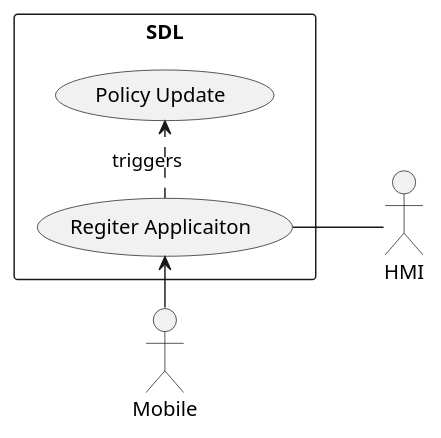
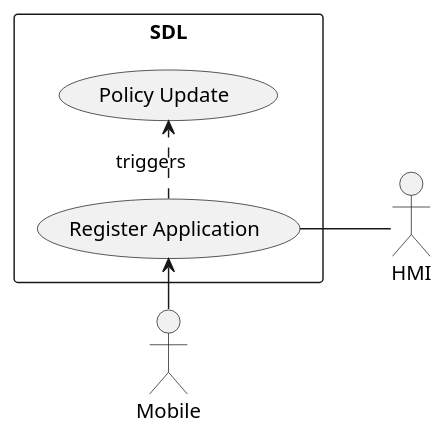
The diagram in docs/use_cases/application_registration/assets/app_registration_use_case.puml (ovvasyliev/sdl_core), drawn with PlantUML before and after one commit.

Commit message:
Update app_registration_use_case.puml
made correction

```diff
--- a/docs/use_cases/application_registration/assets/app_registration_use_case.puml
+++ b/docs/use_cases/application_registration/assets/app_registration_use_case.puml
@@ -1,10 +1,10 @@
 @startuml
 left to right direction
 actor Mobile
 actor HMI
 rectangle SDL {
-  Mobile -> (Regiter Applicaiton)
-  (Regiter Applicaiton) .> (Policy Update) : triggers
-  (Regiter Applicaiton) -- HMI
+  Mobile -> (Register Application)
+  (Register Application) .> (Policy Update) : triggers
+  (Register Application) -- HMI
 }
 @enduml
```
